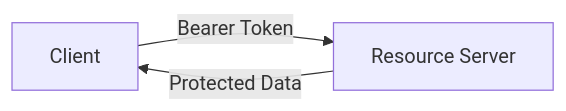
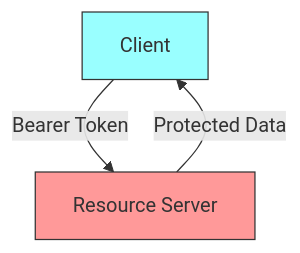
The fourth of 5 diagrams in docs/blog/direct-access-grant/slides.md (lele-maxwell/adorsys-gis-blog3), drawn with Mermaid before and after one commit. The commit also changed other lines of this file, not shown here.

Commit message:
Fix slides.md file to  use correct diagram syntax and format

````diff
--- a/docs/blog/direct-access-grant/slides.md
+++ b/docs/blog/direct-access-grant/slides.md
@@ -122,5 +130,7 @@
 ```mermaid
-graph LR
-  A[Client] -->|Bearer Token| B[Resource Server]
-  B -->|Protected Data| A
+graph TD
+    A[Client] -->|Bearer Token| B[Resource Server]
+    B -->|Protected Data| A
+    style A fill:#9ff,stroke:#333
+    style B fill:#f99,stroke:#333
 ```
````
